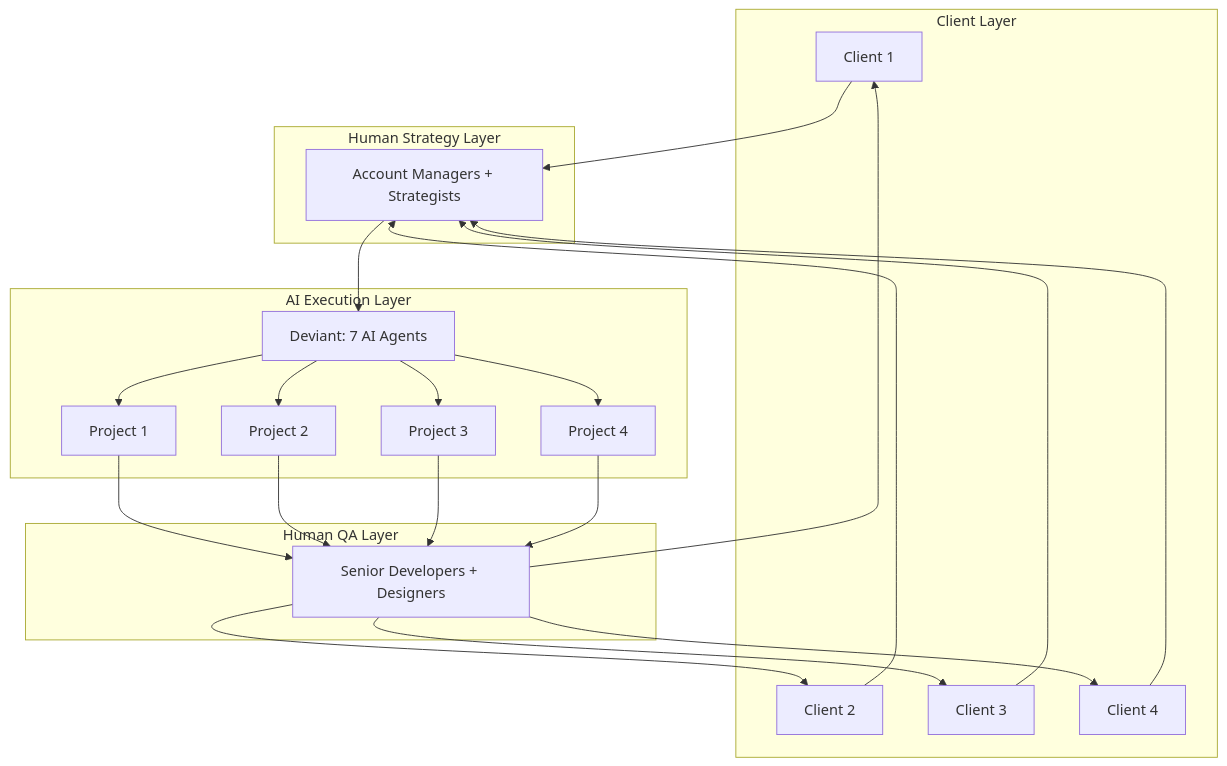
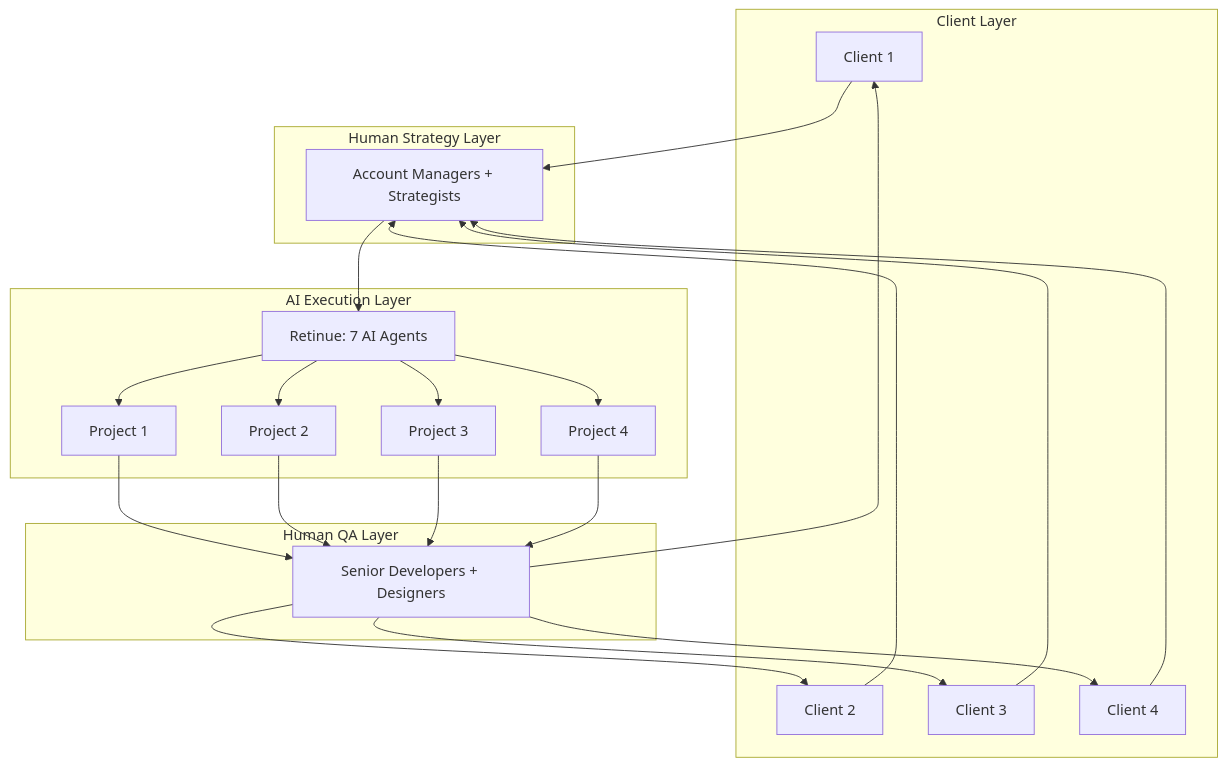
The first of 2 diagrams in docs/articles/3-use-cases/02-for-agencies.md (nicanor-korir/retinue), drawn with Mermaid before and after one commit. The commit also changed other lines of this file and 128 other files, not shown here.

First line of the commit message:
feat(rebrand): rename Deviant/AgentGo to Retinue, rewrite docs, add shared-VPS deploy

````diff
--- a/docs/articles/3-use-cases/02-for-agencies.md
+++ b/docs/articles/3-use-cases/02-for-agencies.md
@@ -40,46 +40,46 @@
 ```mermaid
 flowchart TB
     subgraph "Client Layer"
         C1[Client 1]
         C2[Client 2]
         C3[Client 3]
         C4[Client 4]
     end
 
     subgraph "Human Strategy Layer"
         S[Account Managers + Strategists]
     end
 
     subgraph "AI Execution Layer"
-        D[Deviant: 7 AI Agents]
+        D[Retinue: 7 AI Agents]
         D1[Project 1]
         D2[Project 2]
         D3[Project 3]
         D4[Project 4]
     end
 
     subgraph "Human QA Layer"
         Q[Senior Developers + Designers]
     end
 
     C1 --> S
     C2 --> S
     C3 --> S
     C4 --> S
 
     S --> D
     D --> D1
     D --> D2
     D --> D3
     D --> D4
 
     D1 --> Q
     D2 --> Q
     D3 --> Q
     D4 --> Q
 
     Q --> C1
     Q --> C2
     Q --> C3
     Q --> C4
 ```
````
